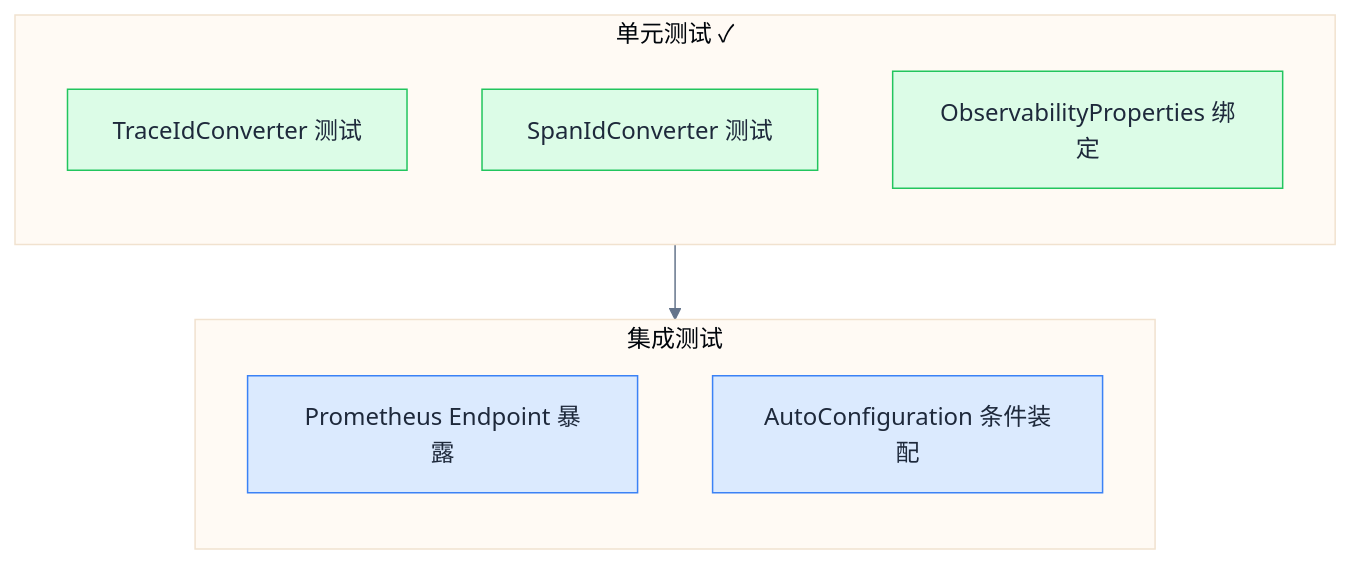
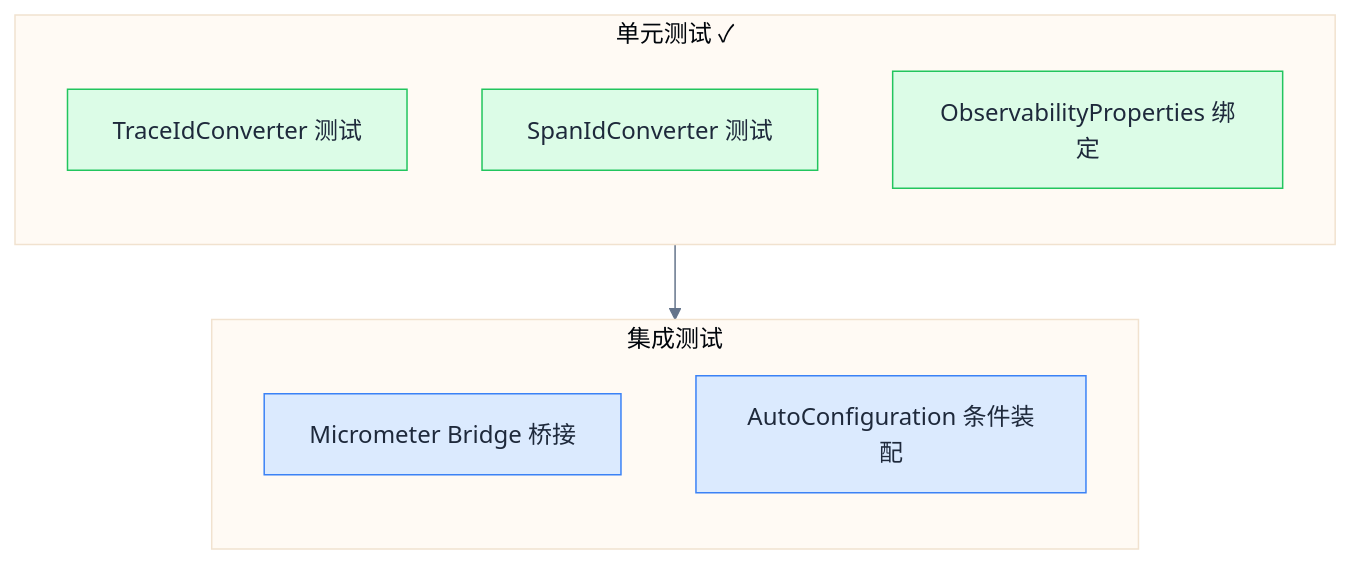
One commit to linqibin0826/patra changed the third of 3 diagrams in patra-api/docs/designs/observability/07-implementation-roadmap.md. Above: the diagram before and after it, drawn with Mermaid. The commit also changed other lines of this file and 6 other files, not shown here.

First line of the commit message:
docs(observability): 更新文档反映 OTel Agent Micrometer Bridge 架构

````diff
--- a/patra-api/docs/designs/observability/07-implementation-roadmap.md
+++ b/patra-api/docs/designs/observability/07-implementation-roadmap.md
@@ -298,31 +300,31 @@
 ```mermaid
 %%{init: {
   'theme': 'base',
   'themeVariables': {
     'primaryColor': '#dbeafe',
     'primaryTextColor': '#1e293b',
     'primaryBorderColor': '#3b82f6',
     'lineColor': '#64748b',
     'edgeLabelBackground': '#f1f5f9'
   }
 }}%%
 flowchart TD
     subgraph Unit["单元测试 ✓"]
         direction TB
         U1[TraceIdConverter 测试]
         U2[SpanIdConverter 测试]
         U3[ObservabilityProperties 绑定]
     end
 
     subgraph Integration["集成测试"]
         direction TB
-        I1[Prometheus Endpoint 暴露]
+        I1[Micrometer Bridge 桥接]
         I2[AutoConfiguration 条件装配]
     end
 
     Unit --> Integration
 
     classDef done fill:#dcfce7,stroke:#22c55e,color:#1e293b;
     classDef default fill:#dbeafe,stroke:#3b82f6,color:#1e293b;
     class U1,U2,U3 done;
 ```
````
